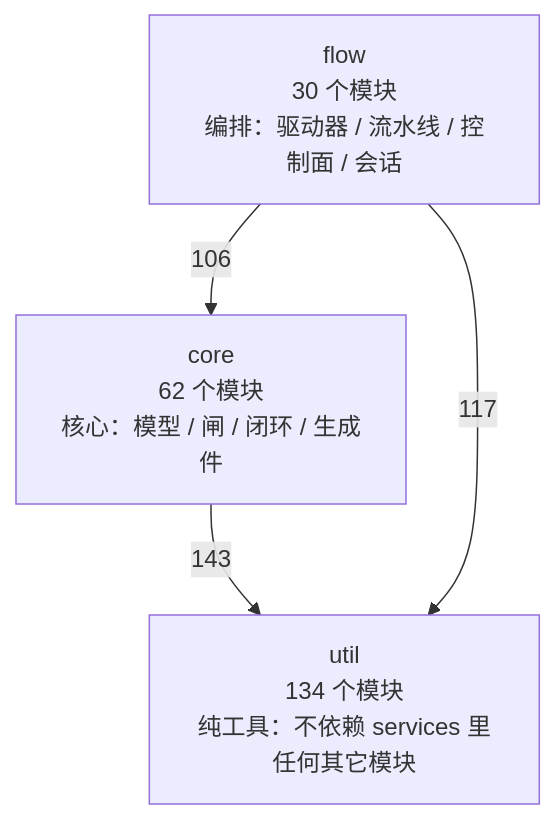
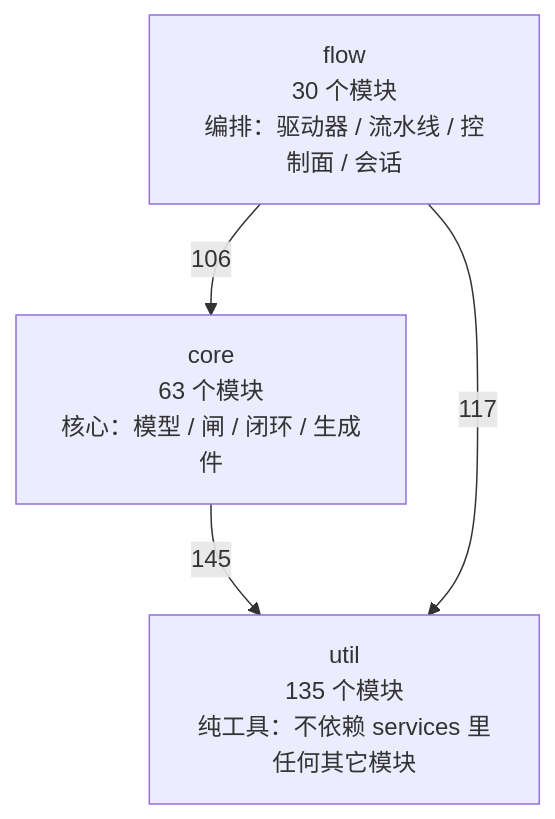
Before and after one commit to 2686521696/WhyBuddy: the first of 4 diagrams in docs/SlideRule V6.2 架构图（自动生成）.md, drawn with Mermaid. The commit also changed other lines of this file and 20 other files, not shown here.

````diff
--- a/docs/SlideRule V6.2 架构图（自动生成）.md
+++ b/docs/SlideRule V6.2 架构图（自动生成）.md
@@ -50,9 +50,9 @@
 ```mermaid
 flowchart TB
-  util["util<br/>134 个模块<br/>纯工具：不依赖 services 里任何其它模块"]
-  core["core<br/>62 个模块<br/>核心：模型 / 闸 / 闭环 / 生成件"]
+  util["util<br/>135 个模块<br/>纯工具：不依赖 services 里任何其它模块"]
+  core["core<br/>63 个模块<br/>核心：模型 / 闸 / 闭环 / 生成件"]
   flow["flow<br/>30 个模块<br/>编排：驱动器 / 流水线 / 控制面 / 会话"]
-  core -->|143| util
+  core -->|145| util
   flow -->|106| core
   flow -->|117| util
 ```
````
